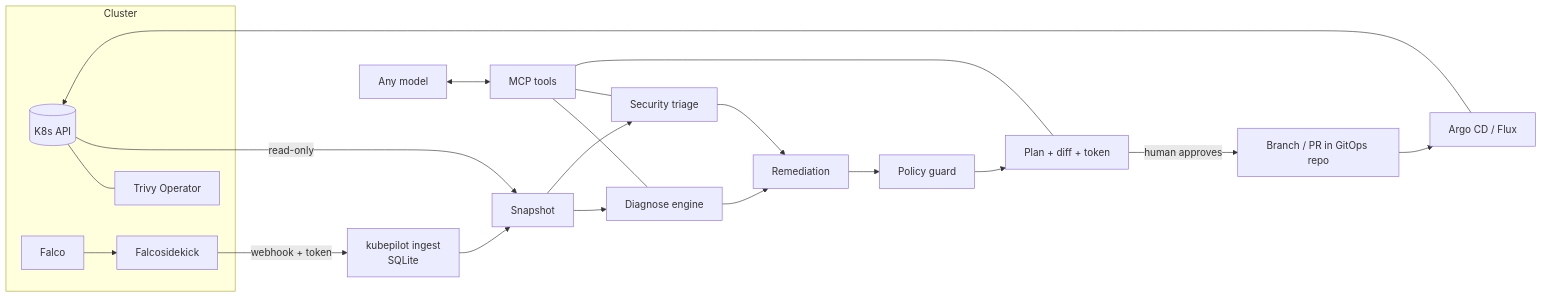
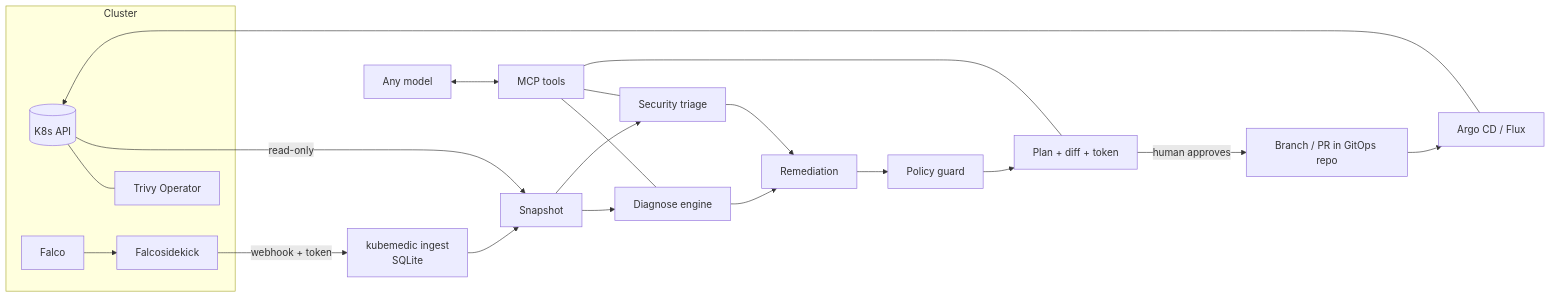
One commit to 007jesser/clarikube changed the diagram in README.md. Above: the diagram before and after it, drawn with Mermaid. The commit also changed other lines of this file and 147 other files, not shown here.

````diff
--- a/README.md
+++ b/README.md
@@ -175,20 +175,20 @@
 ```mermaid
 flowchart LR
   subgraph Cluster
     K8s[(K8s API)] --- Trivy[Trivy Operator]
     Falco --> Sidekick[Falcosidekick]
   end
-  Sidekick -- webhook + token --> Ingest[kubepilot ingest\nSQLite]
+  Sidekick -- webhook + token --> Ingest[kubemedic ingest\nSQLite]
   K8s -- read-only --> Source
   Ingest --> Source[Snapshot]
   Source --> Diag[Diagnose engine]
   Source --> Sec[Security triage]
   Diag --> Rem[Remediation]
   Sec --> Rem
   Rem --> Guard[Policy guard]
   Guard --> Plan[Plan + diff + token]
   Plan -- human approves --> Git[Branch / PR in GitOps repo]
   Git --> Argo[Argo CD / Flux] --> K8s
   MCP[MCP tools] --- Diag & Sec & Plan
   LLM[Any model] <--> MCP
 ```
````
